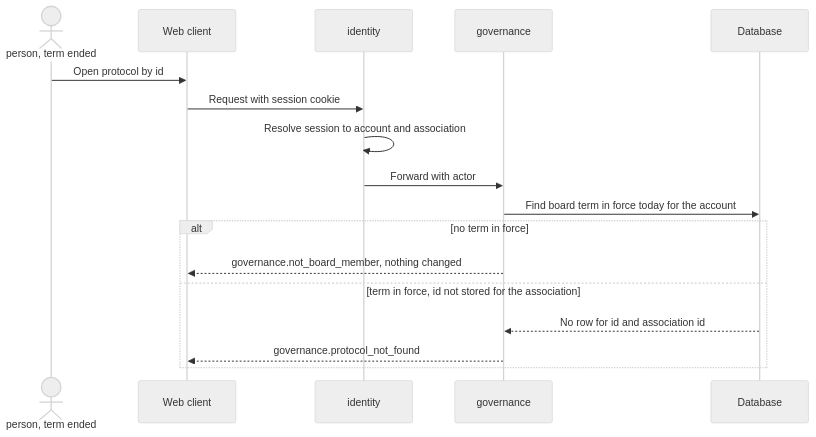
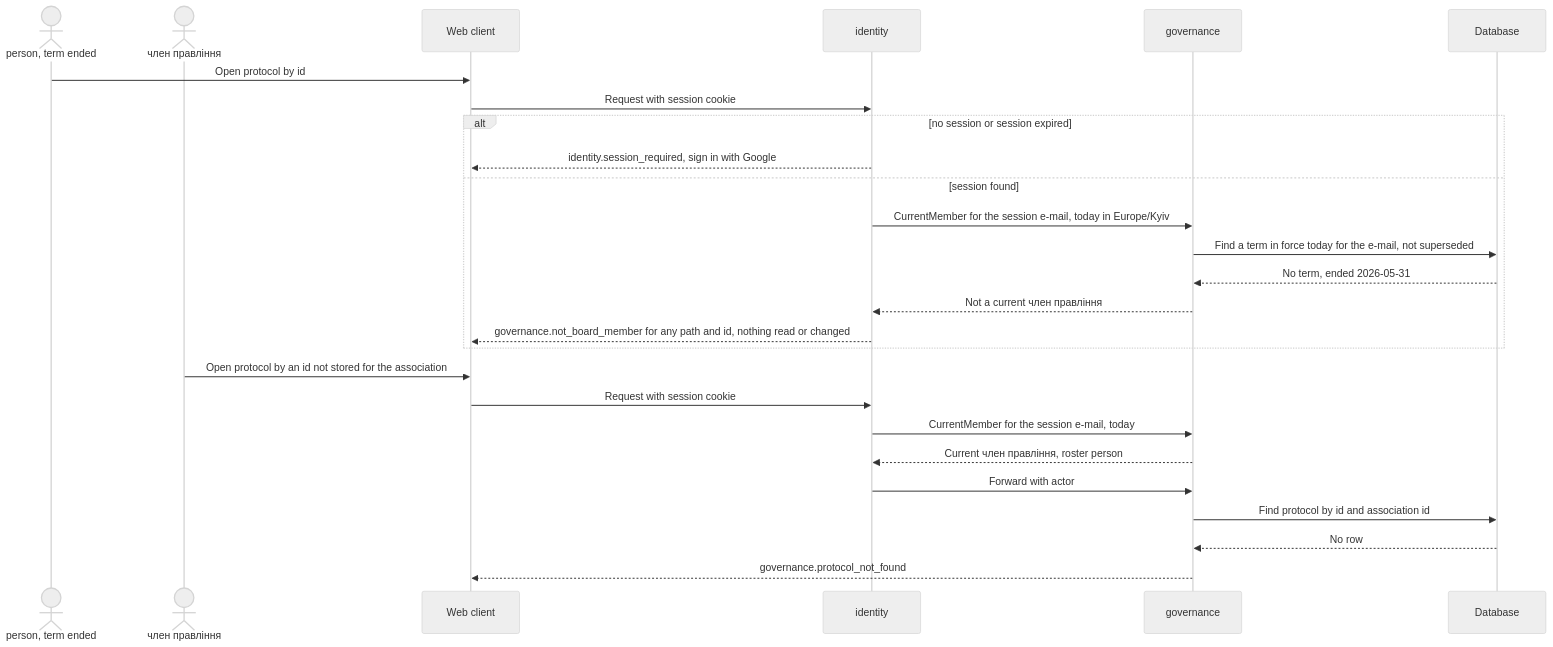
One commit to AndriiOpryshko/spilno changed diagram 12 of 13 in docs/features/board-protocol/sad.ao-architecture.md. Above: the diagram before and after it, drawn with Mermaid (neutral theme). The commit also changed other lines of this file and 11 other files, not shown here.

First line of the commit message:
board-protocol: ao-architecture SAD — cross-check fixes

````diff
--- a/docs/features/board-protocol/sad.ao-architecture.md
+++ b/docs/features/board-protocol/sad.ao-architecture.md
@@ -469,19 +481,28 @@
 ```mermaid
 sequenceDiagram
     actor P as person, term ended
+    actor M as член правління
     participant web as Web client
     participant idn as identity
     participant gov as governance
     participant db as Database
     P->>web: Open protocol by id
     web->>idn: Request with session cookie
-    idn->>idn: Resolve session to account and association
+    alt no session or session expired
+        idn-->>web: identity.session_required, sign in with Google
+    else session found
+        idn->>gov: CurrentMember for the session e-mail, today in Europe/Kyiv
+        gov->>db: Find a term in force today for the e-mail, not superseded
+        db-->>gov: No term, ended 2026-05-31
+        gov-->>idn: Not a current член правління
+        idn-->>web: governance.not_board_member for any path and id, nothing read or changed
+    end
+    M->>web: Open protocol by an id not stored for the association
+    web->>idn: Request with session cookie
+    idn->>gov: CurrentMember for the session e-mail, today
+    gov-->>idn: Current член правління, roster person
     idn->>gov: Forward with actor
-    gov->>db: Find board term in force today for the account
-    alt no term in force
-        gov-->>web: governance.not_board_member, nothing changed
-    else term in force, id not stored for the association
-        db-->>gov: No row for id and association id
-        gov-->>web: governance.protocol_not_found
-    end
+    gov->>db: Find protocol by id and association id
+    db-->>gov: No row
+    gov-->>web: governance.protocol_not_found
 ```
````
